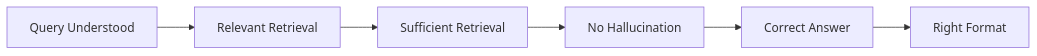
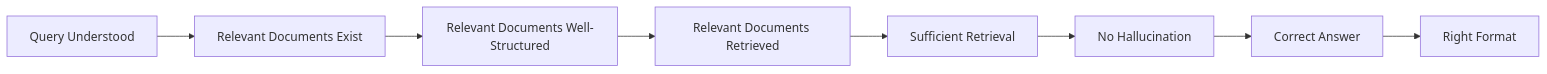
The diagram in index.qmd (skylarbpayne/rag-evaluation), drawn with Mermaid before and after one commit. The commit also changed other lines of this file and 2 other files, not shown here.

````diff
--- a/index.qmd
+++ b/index.qmd
@@ -231,15 +326,19 @@
 ```{mermaid}
 flowchart LR
   A[Query Understood]
-  B[Relevant Retrieval]
-  C[Sufficient Retrieval]
-  D[No Hallucination]
-  E[Correct Answer]
-  F[Right Format]
+  B[Relevant Documents Exist]
+  C[Relevant Documents Well-Structured]
+  D[Relevant Documents Retrieved]
+  E[Sufficient Retrieval]
+  F[No Hallucination]
+  G[Correct Answer]
+  H[Right Format]
 
   A --> B
   B --> C
   C --> D
   D --> E
   E --> F
+  F --> G
+  G --> H
 ```
````
